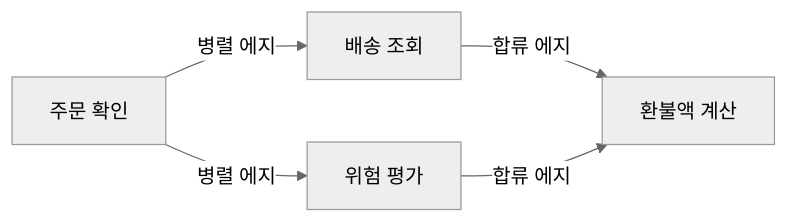
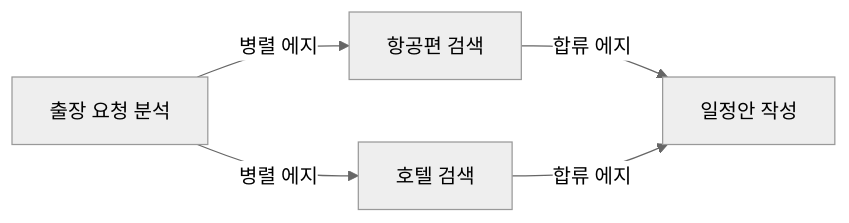
One commit to iwindfree/ai-agent-framework-architecture changed diagram 13 of 15 in 00.architecture.md. Above: the diagram before and after it, drawn with Mermaid (neutral theme). The commit also changed other lines of this file, not shown here.

````diff
--- a/00.architecture.md
+++ b/00.architecture.md
@@ -1272,7 +1272,7 @@
 ```mermaid
 flowchart LR
-    B[주문 확인] -->|병렬 에지| D[배송 조회]
-    B -->|병렬 에지| R[위험 평가]
-    D -->|합류 에지| C[환불액 계산]
-    R -->|합류 에지| C
+    A[출장 요청 분석] -->|병렬 에지| F[항공편 검색]
+    A -->|병렬 에지| H[호텔 검색]
+    F -->|합류 에지| P[일정안 작성]
+    H -->|합류 에지| P
 ```
````
